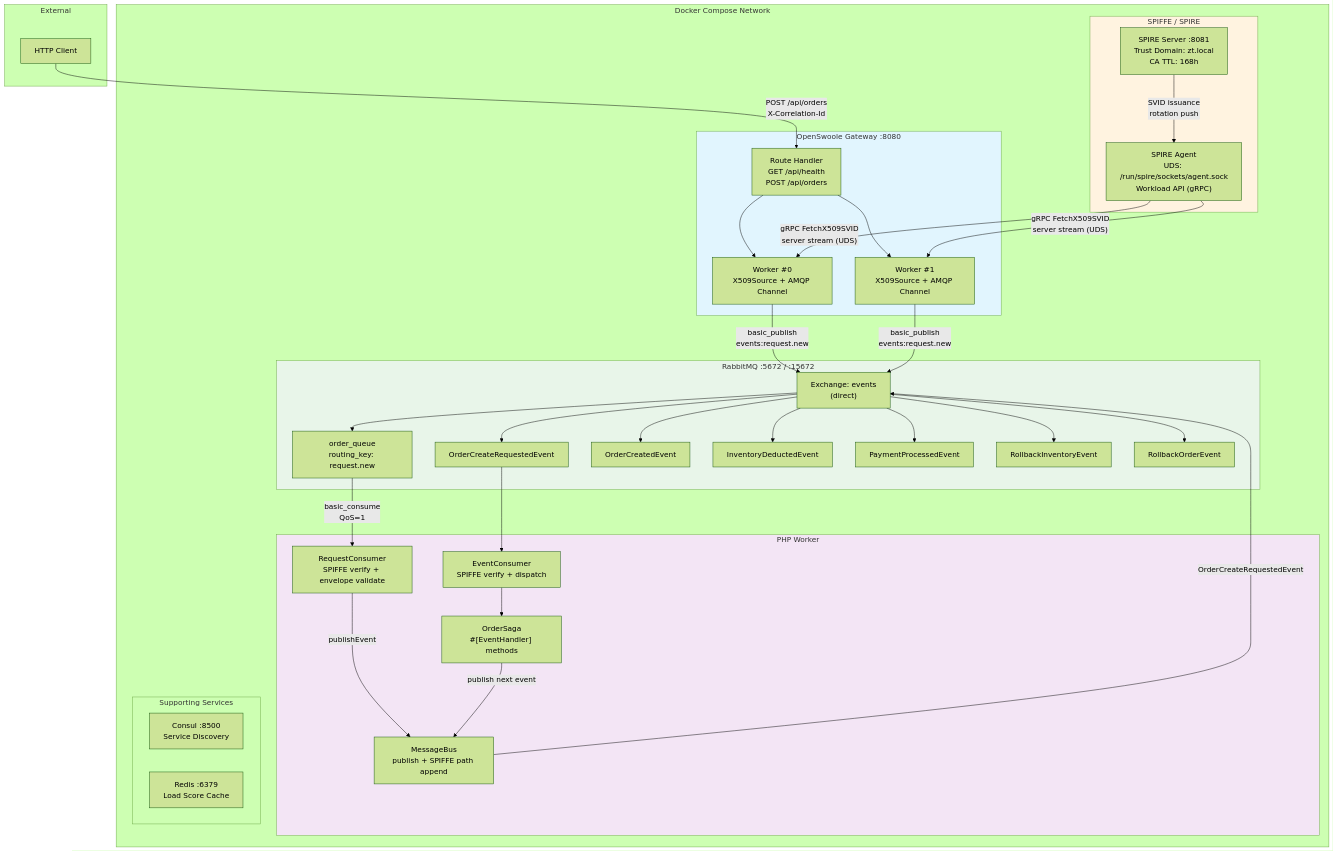
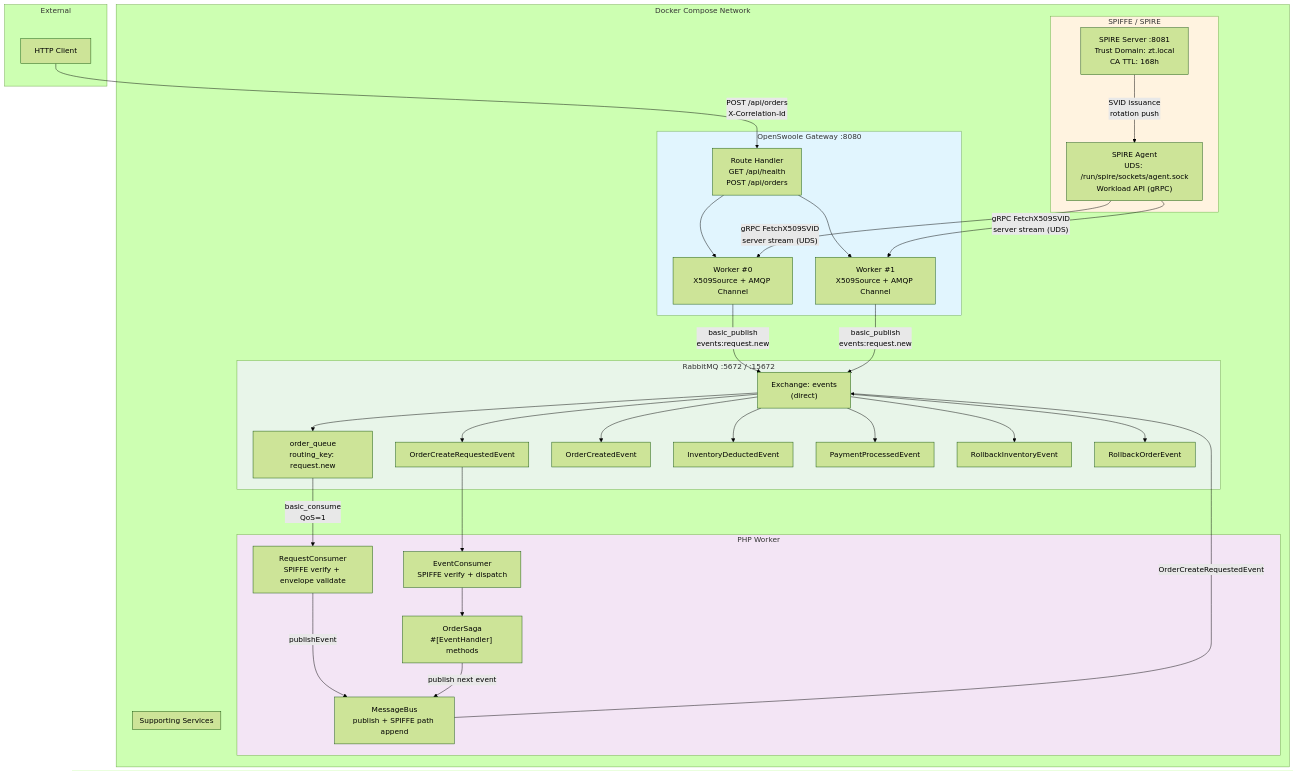
The first of 21 diagrams in docs/architecture-flows.md (jie80219/zt-event-gateway), drawn with Mermaid (forest theme) before and after one commit. The commit also changed other lines of this file and 55 other files, not shown here.

````diff
--- a/docs/architecture-flows.md
+++ b/docs/architecture-flows.md
@@ -18,72 +18,70 @@
 ```mermaid
 graph TB
     subgraph External["External"]
         Client["HTTP Client"]
     end
 
     subgraph Docker["Docker Compose Network"]
         subgraph Gateway["OpenSwoole Gateway :8080"]
             GW_W0["Worker #0<br/>X509Source + AMQP Channel"]
             GW_W1["Worker #1<br/>X509Source + AMQP Channel"]
             GW_Router["Route Handler<br/>GET /api/health<br/>POST /api/orders"]
         end
 
         subgraph MQ["RabbitMQ :5672 / :15672"]
             Exchange["Exchange: events<br/>(direct)"]
             Q_Order["order_queue<br/>routing_key: request.new"]
             Q_OCR["OrderCreateRequestedEvent"]
             Q_OC["OrderCreatedEvent"]
             Q_ID["InventoryDeductedEvent"]
             Q_PP["PaymentProcessedEvent"]
             Q_RI["RollbackInventoryEvent"]
             Q_RO["RollbackOrderEvent"]
         end
 
         subgraph Worker["PHP Worker"]
             ReqConsumer["RequestConsumer<br/>SPIFFE verify + envelope validate"]
             EvtConsumer["EventConsumer<br/>SPIFFE verify + dispatch"]
             Saga["OrderSaga<br/>#[EventHandler] methods"]
             MsgBus["MessageBus<br/>publish + SPIFFE path append"]
         end
 
         subgraph SPIRE["SPIFFE / SPIRE"]
             Server["SPIRE Server :8081<br/>Trust Domain: zt.local<br/>CA TTL: 168h"]
             Agent["SPIRE Agent<br/>UDS: /run/spire/sockets/agent.sock<br/>Workload API (gRPC)"]
         end
 
         subgraph Infra["Supporting Services"]
-            Consul["Consul :8500<br/>Service Discovery"]
-            Redis["Redis :6379<br/>Load Score Cache"]
         end
     end
 
     Client -->|"POST /api/orders<br/>X-Correlation-Id"| GW_Router
     GW_Router --> GW_W0
     GW_Router --> GW_W1
     GW_W0 -->|"basic_publish<br/>events:request.new"| Exchange
     GW_W1 -->|"basic_publish<br/>events:request.new"| Exchange
     Exchange --> Q_Order
 
     Q_Order -->|"basic_consume<br/>QoS=1"| ReqConsumer
     ReqConsumer -->|"publishEvent"| MsgBus
     MsgBus -->|"OrderCreateRequestedEvent"| Exchange
     Exchange --> Q_OCR
     Q_OCR --> EvtConsumer
     EvtConsumer --> Saga
     Saga -->|"publish next event"| MsgBus
 
     Exchange --> Q_OC
     Exchange --> Q_ID
     Exchange --> Q_PP
     Exchange --> Q_RI
     Exchange --> Q_RO
 
     Agent -->|"gRPC FetchX509SVID<br/>server stream (UDS)"| GW_W0
     Agent -->|"gRPC FetchX509SVID<br/>server stream (UDS)"| GW_W1
     Server -->|"SVID issuance<br/>rotation push"| Agent
 
     style Gateway fill:#e1f5fe
     style Worker fill:#f3e5f5
     style SPIRE fill:#fff3e0
     style MQ fill:#e8f5e9
 ```
````
